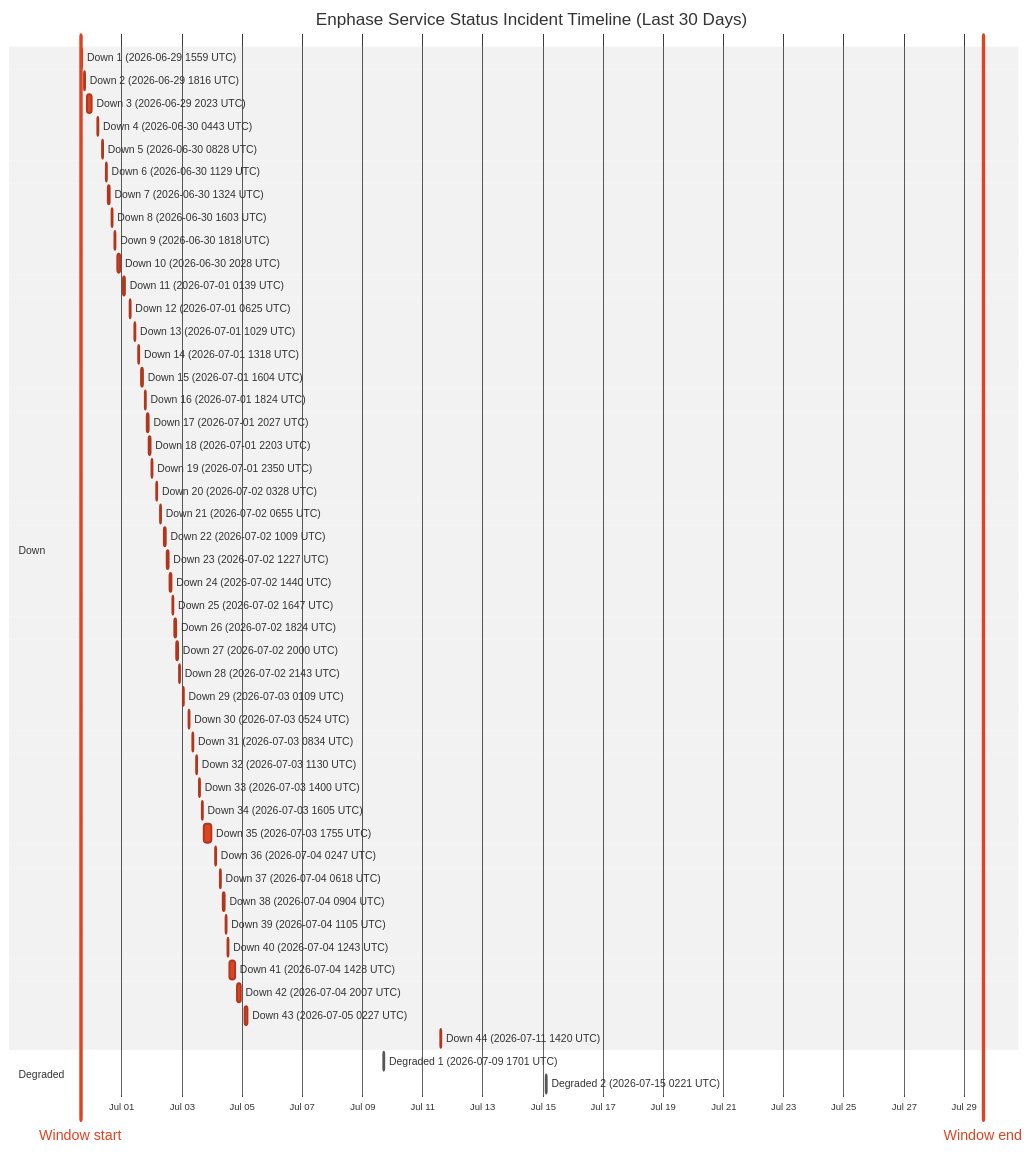
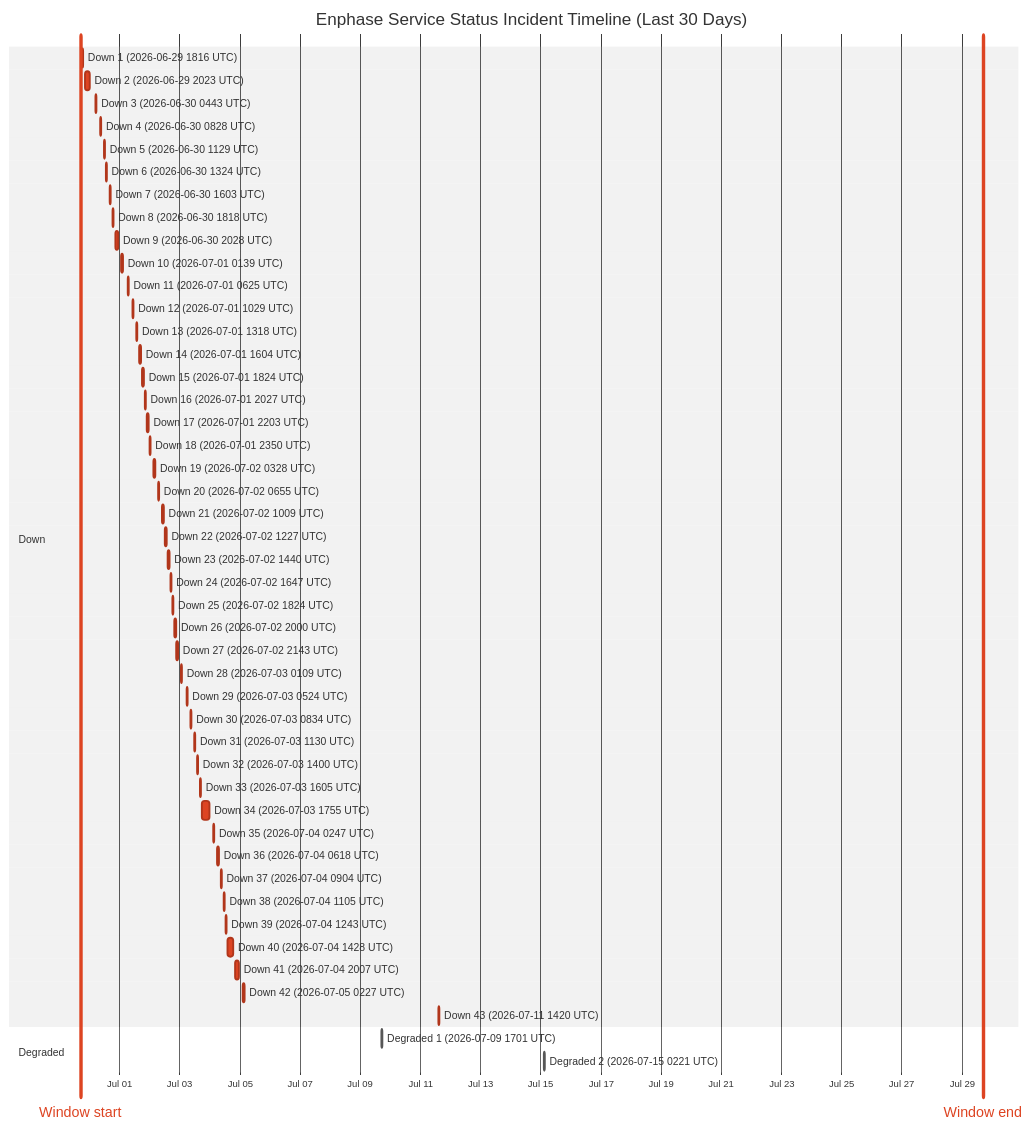
One commit to barneyonline/ha-enphase-energy changed the diagram in wiki/Service-Status-History.md. Above: the diagram before and after it, drawn with Mermaid (neutral theme). The commit also changed other lines of this file and 3 other files, not shown here.

````diff
--- a/wiki/Service-Status-History.md
+++ b/wiki/Service-Status-History.md
@@ -14,56 +14,55 @@
 ```mermaid
 gantt
     title Enphase Service Status Incident Timeline (Last 30 Days)
     dateFormat  YYYY-MM-DDTHH:mm:ss
     axisFormat  %b %d
-    Window start :vert, window-start, 2026-06-29T15:12:55, 0ms
-    Window end :vert, window-end, 2026-07-29T15:12:55, 0ms
+    Window start :vert, window-start, 2026-06-29T16:48:58, 0ms
+    Window end :vert, window-end, 2026-07-29T16:48:58, 0ms
     section Down
-    Down 1 (2026-06-29 1559 UTC) :crit, down-1, 2026-06-29T15:59:02, 60m
-    Down 2 (2026-06-29 1816 UTC) :crit, down-2, 2026-06-29T18:16:38, 60m
-    Down 3 (2026-06-29 2023 UTC) :crit, down-3, 2026-06-29T20:23:16, 220m
-    Down 4 (2026-06-30 0443 UTC) :crit, down-4, 2026-06-30T04:43:54, 60m
-    Down 5 (2026-06-30 0828 UTC) :crit, down-5, 2026-06-30T08:28:43, 60m
-    Down 6 (2026-06-30 1129 UTC) :crit, down-6, 2026-06-30T11:29:15, 60m
-    Down 7 (2026-06-30 1324 UTC) :crit, down-7, 2026-06-30T13:24:25, 60m
-    Down 8 (2026-06-30 1603 UTC) :crit, down-8, 2026-06-30T16:03:26, 60m
-    Down 9 (2026-06-30 1818 UTC) :crit, down-9, 2026-06-30T18:18:39, 60m
-    Down 10 (2026-06-30 2028 UTC) :crit, down-10, 2026-06-30T20:28:54, 171m
-    Down 11 (2026-07-01 0139 UTC) :crit, down-11, 2026-07-01T01:39:18, 60m
-    Down 12 (2026-07-01 0625 UTC) :crit, down-12, 2026-07-01T06:25:35, 60m
-    Down 13 (2026-07-01 1029 UTC) :crit, down-13, 2026-07-01T10:29:24, 60m
-    Down 14 (2026-07-01 1318 UTC) :crit, down-14, 2026-07-01T13:18:31, 60m
-    Down 15 (2026-07-01 1604 UTC) :crit, down-15, 2026-07-01T16:04:29, 60m
-    Down 16 (2026-07-01 1824 UTC) :crit, down-16, 2026-07-01T18:24:21, 60m
-    Down 17 (2026-07-01 2027 UTC) :crit, down-17, 2026-07-01T20:27:17, 60m
-    Down 18 (2026-07-01 2203 UTC) :crit, down-18, 2026-07-01T22:03:46, 60m
-    Down 19 (2026-07-01 2350 UTC) :crit, down-19, 2026-07-01T23:50:52, 60m
-    Down 20 (2026-07-02 0328 UTC) :crit, down-20, 2026-07-02T03:28:33, 60m
-    Down 21 (2026-07-02 0655 UTC) :crit, down-21, 2026-07-02T06:55:07, 60m
-    Down 22 (2026-07-02 1009 UTC) :crit, down-22, 2026-07-02T10:09:15, 60m
-    Down 23 (2026-07-02 1227 UTC) :crit, down-23, 2026-07-02T12:27:49, 60m
-    Down 24 (2026-07-02 1440 UTC) :crit, down-24, 2026-07-02T14:40:53, 60m
-    Down 25 (2026-07-02 1647 UTC) :crit, down-25, 2026-07-02T16:47:47, 60m
-    Down 26 (2026-07-02 1824 UTC) :crit, down-26, 2026-07-02T18:24:26, 60m
-    Down 27 (2026-07-02 2000 UTC) :crit, down-27, 2026-07-02T20:00:57, 60m
-    Down 28 (2026-07-02 2143 UTC) :crit, down-28, 2026-07-02T21:43:52, 80m
-    Down 29 (2026-07-03 0109 UTC) :crit, down-29, 2026-07-03T01:09:19, 60m
-    Down 30 (2026-07-03 0524 UTC) :crit, down-30, 2026-07-03T05:24:23, 60m
-    Down 31 (2026-07-03 0834 UTC) :crit, down-31, 2026-07-03T08:34:05, 60m
-    Down 32 (2026-07-03 1130 UTC) :crit, down-32, 2026-07-03T11:30:41, 60m
-    Down 33 (2026-07-03 1400 UTC) :crit, down-33, 2026-07-03T14:00:48, 60m
-    Down 34 (2026-07-03 1605 UTC) :crit, down-34, 2026-07-03T16:05:49, 60m
-    Down 35 (2026-07-03 1755 UTC) :crit, down-35, 2026-07-03T17:55:54, 338m
-    Down 36 (2026-07-04 0247 UTC) :crit, down-36, 2026-07-04T02:47:22, 60m
-    Down 37 (2026-07-04 0618 UTC) :crit, down-37, 2026-07-04T06:18:09, 60m
-    Down 38 (2026-07-04 0904 UTC) :crit, down-38, 2026-07-04T09:04:41, 60m
-    Down 39 (2026-07-04 1105 UTC) :crit, down-39, 2026-07-04T11:05:21, 60m
-    Down 40 (2026-07-04 1243 UTC) :crit, down-40, 2026-07-04T12:43:25, 60m
-    Down 41 (2026-07-04 1428 UTC) :crit, down-41, 2026-07-04T14:28:07, 243m
-    Down 42 (2026-07-04 2007 UTC) :crit, down-42, 2026-07-04T20:07:50, 206m
-    Down 43 (2026-07-05 0227 UTC) :crit, down-43, 2026-07-05T02:27:32, 109m
-    Down 44 (2026-07-11 1420 UTC) :crit, down-44, 2026-07-11T14:20:54, 69m
+    Down 1 (2026-06-29 1816 UTC) :crit, down-1, 2026-06-29T18:16:38, 60m
+    Down 2 (2026-06-29 2023 UTC) :crit, down-2, 2026-06-29T20:23:16, 220m
+    Down 3 (2026-06-30 0443 UTC) :crit, down-3, 2026-06-30T04:43:54, 60m
+    Down 4 (2026-06-30 0828 UTC) :crit, down-4, 2026-06-30T08:28:43, 60m
+    Down 5 (2026-06-30 1129 UTC) :crit, down-5, 2026-06-30T11:29:15, 60m
+    Down 6 (2026-06-30 1324 UTC) :crit, down-6, 2026-06-30T13:24:25, 60m
+    Down 7 (2026-06-30 1603 UTC) :crit, down-7, 2026-06-30T16:03:26, 60m
+    Down 8 (2026-06-30 1818 UTC) :crit, down-8, 2026-06-30T18:18:39, 60m
+    Down 9 (2026-06-30 2028 UTC) :crit, down-9, 2026-06-30T20:28:54, 171m
+    Down 10 (2026-07-01 0139 UTC) :crit, down-10, 2026-07-01T01:39:18, 60m
+    Down 11 (2026-07-01 0625 UTC) :crit, down-11, 2026-07-01T06:25:35, 60m
+    Down 12 (2026-07-01 1029 UTC) :crit, down-12, 2026-07-01T10:29:24, 60m
+    Down 13 (2026-07-01 1318 UTC) :crit, down-13, 2026-07-01T13:18:31, 60m
+    Down 14 (2026-07-01 1604 UTC) :crit, down-14, 2026-07-01T16:04:29, 60m
+    Down 15 (2026-07-01 1824 UTC) :crit, down-15, 2026-07-01T18:24:21, 60m
+    Down 16 (2026-07-01 2027 UTC) :crit, down-16, 2026-07-01T20:27:17, 60m
+    Down 17 (2026-07-01 2203 UTC) :crit, down-17, 2026-07-01T22:03:46, 60m
+    Down 18 (2026-07-01 2350 UTC) :crit, down-18, 2026-07-01T23:50:52, 60m
+    Down 19 (2026-07-02 0328 UTC) :crit, down-19, 2026-07-02T03:28:33, 60m
+    Down 20 (2026-07-02 0655 UTC) :crit, down-20, 2026-07-02T06:55:07, 60m
+    Down 21 (2026-07-02 1009 UTC) :crit, down-21, 2026-07-02T10:09:15, 60m
+    Down 22 (2026-07-02 1227 UTC) :crit, down-22, 2026-07-02T12:27:49, 60m
+    Down 23 (2026-07-02 1440 UTC) :crit, down-23, 2026-07-02T14:40:53, 60m
+    Down 24 (2026-07-02 1647 UTC) :crit, down-24, 2026-07-02T16:47:47, 60m
+    Down 25 (2026-07-02 1824 UTC) :crit, down-25, 2026-07-02T18:24:26, 60m
+    Down 26 (2026-07-02 2000 UTC) :crit, down-26, 2026-07-02T20:00:57, 60m
+    Down 27 (2026-07-02 2143 UTC) :crit, down-27, 2026-07-02T21:43:52, 80m
+    Down 28 (2026-07-03 0109 UTC) :crit, down-28, 2026-07-03T01:09:19, 60m
+    Down 29 (2026-07-03 0524 UTC) :crit, down-29, 2026-07-03T05:24:23, 60m
+    Down 30 (2026-07-03 0834 UTC) :crit, down-30, 2026-07-03T08:34:05, 60m
+    Down 31 (2026-07-03 1130 UTC) :crit, down-31, 2026-07-03T11:30:41, 60m
+    Down 32 (2026-07-03 1400 UTC) :crit, down-32, 2026-07-03T14:00:48, 60m
+    Down 33 (2026-07-03 1605 UTC) :crit, down-33, 2026-07-03T16:05:49, 60m
+    Down 34 (2026-07-03 1755 UTC) :crit, down-34, 2026-07-03T17:55:54, 338m
+    Down 35 (2026-07-04 0247 UTC) :crit, down-35, 2026-07-04T02:47:22, 60m
+    Down 36 (2026-07-04 0618 UTC) :crit, down-36, 2026-07-04T06:18:09, 60m
+    Down 37 (2026-07-04 0904 UTC) :crit, down-37, 2026-07-04T09:04:41, 60m
+    Down 38 (2026-07-04 1105 UTC) :crit, down-38, 2026-07-04T11:05:21, 60m
+    Down 39 (2026-07-04 1243 UTC) :crit, down-39, 2026-07-04T12:43:25, 60m
+    Down 40 (2026-07-04 1428 UTC) :crit, down-40, 2026-07-04T14:28:07, 243m
+    Down 41 (2026-07-04 2007 UTC) :crit, down-41, 2026-07-04T20:07:50, 206m
+    Down 42 (2026-07-05 0227 UTC) :crit, down-42, 2026-07-05T02:27:32, 109m
+    Down 43 (2026-07-11 1420 UTC) :crit, down-43, 2026-07-11T14:20:54, 69m
     section Degraded
     Degraded 1 (2026-07-09 1701 UTC) :active, degraded-1, 2026-07-09T17:01:02, 60m
     Degraded 2 (2026-07-15 0221 UTC) :active, degraded-2, 2026-07-15T02:21:35, 60m
 ```
````
